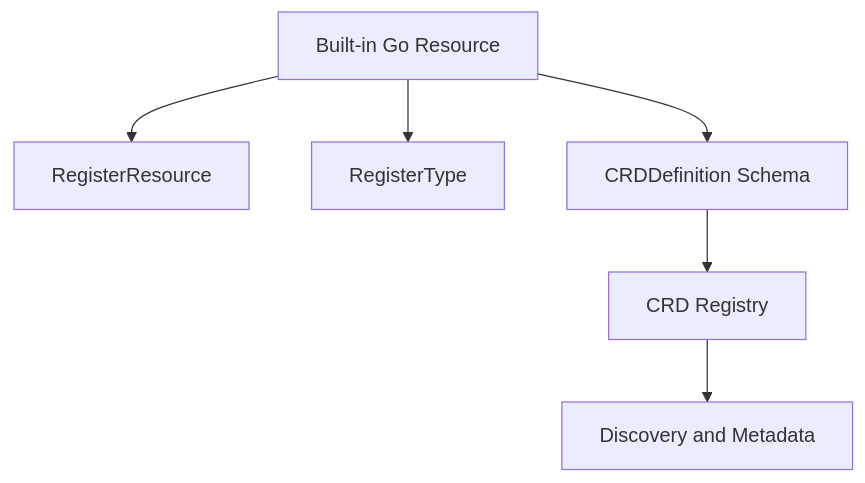
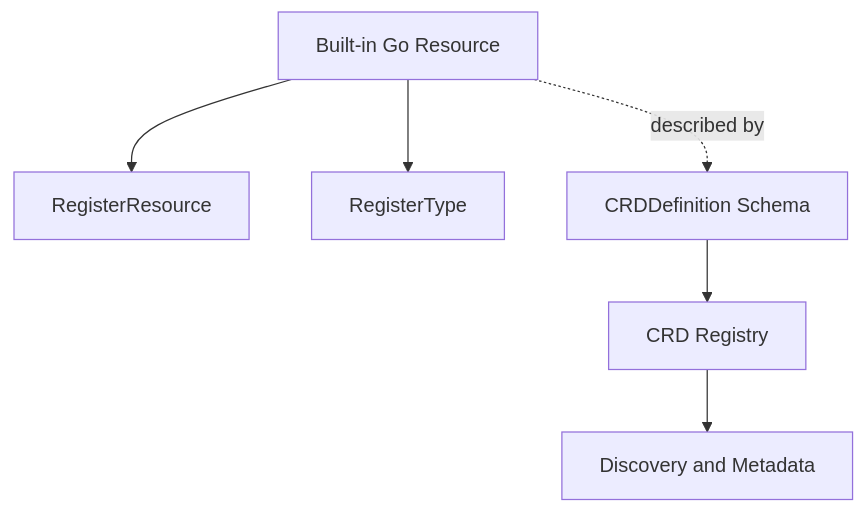
The seventh of 23 diagrams in BOOK.md (pergus/api-server), drawn with Mermaid before and after one commit. The commit also changed other lines of this file, not shown here.

Commit message:
Fixed Listing/Figure numbering

````diff
--- a/BOOK.md
+++ b/BOOK.md
@@ -5247,8 +5254,12 @@
 ```mermaid
 flowchart TD
-    A[Built-in Go Resource] --> B[RegisterResource]
+    A[Built-in Go Resource]
+
+    A --> B[RegisterResource]
     A --> C[RegisterType]
-    A --> D[CRDDefinition Schema]
+
+    A -. described by .-> D[CRDDefinition Schema]
+
     D --> E[CRD Registry]
     E --> F[Discovery and Metadata]
 ```
````
